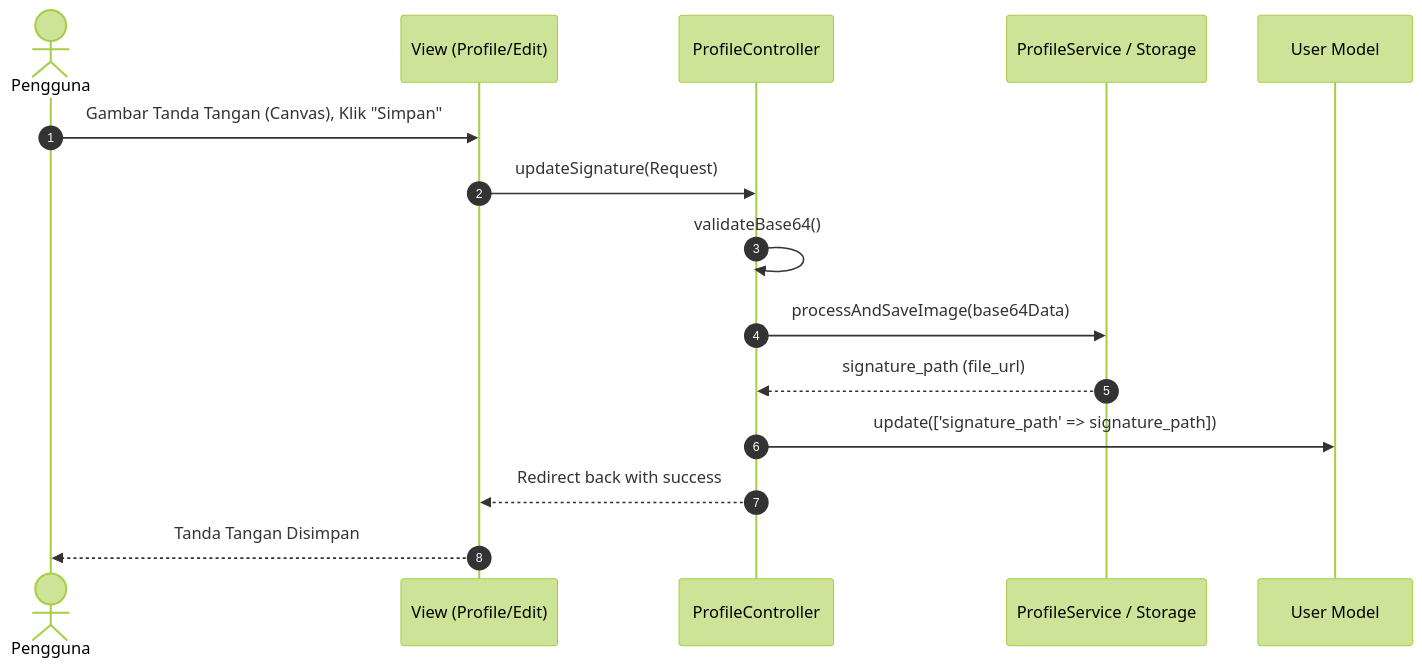
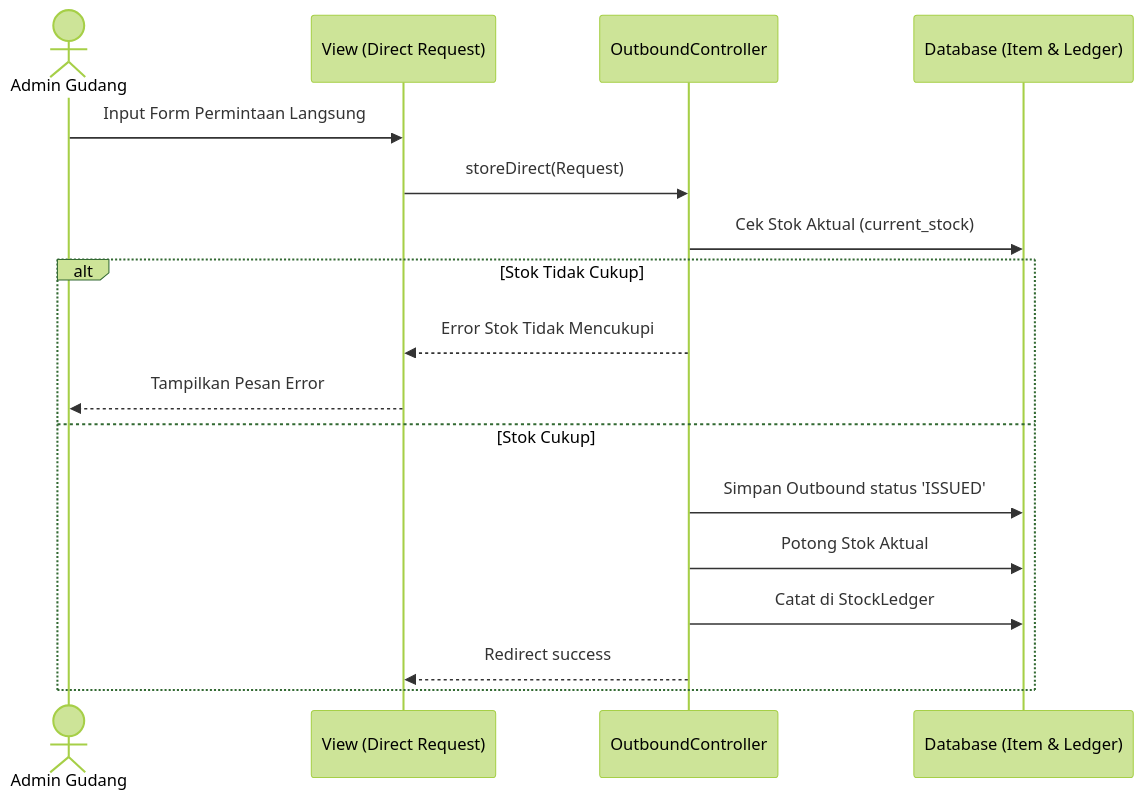
Diagram 12 of 14 in laporan_sequence_diagram.md (wahyu2021/SIMPATIK), drawn with Mermaid (forest theme) before and after one commit. The commit also changed other lines of this file and 34 other files, not shown here.

````diff
--- a/laporan_sequence_diagram.md
+++ b/laporan_sequence_diagram.md
@@ -251,21 +313,22 @@
 ```mermaid
 sequenceDiagram
-    autonumber
-    actor U as Pengguna
-    participant V as View (Profile/Edit)
-    participant C as ProfileController
-    participant S as ProfileService / Storage
-    participant M as User Model
+    actor AG as Admin Gudang
+    participant V as View (Direct Request)
+    participant C as OutboundController
+    participant DB as Database (Item & Ledger)
 
-    U->>V: Gambar Tanda Tangan (Canvas), Klik "Simpan"
-    V->>C: updateSignature(Request)
+    AG->>V: Input Form Permintaan Langsung
+    V->>C: storeDirect(Request)
     
-    C->>C: validateBase64()
-    C->>S: processAndSaveImage(base64Data)
-    S-->>C: signature_path (file_url)
+    C->>DB: Cek Stok Aktual (current_stock)
     
-    C->>M: update(['signature_path' => signature_path])
-    
-    C-->>V: Redirect back with success
-    V-->>U: Tanda Tangan Disimpan
+    alt Stok Tidak Cukup
+        C-->>V: Error Stok Tidak Mencukupi
+        V-->>AG: Tampilkan Pesan Error
+    else Stok Cukup
+        C->>DB: Simpan Outbound status 'ISSUED'
+        C->>DB: Potong Stok Aktual
+        C->>DB: Catat di StockLedger
+        C-->>V: Redirect success
+    end
 ```
````
